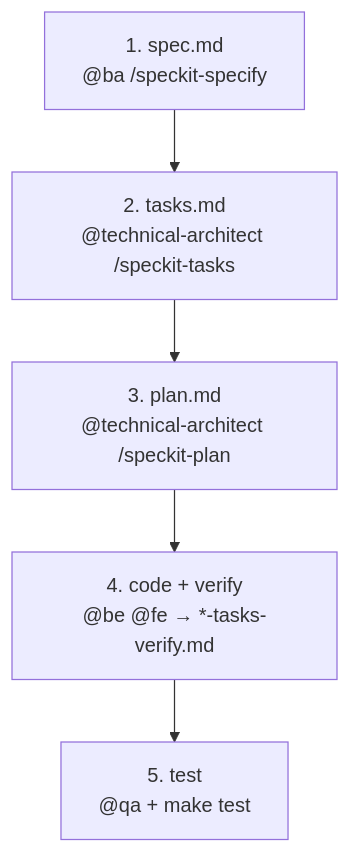
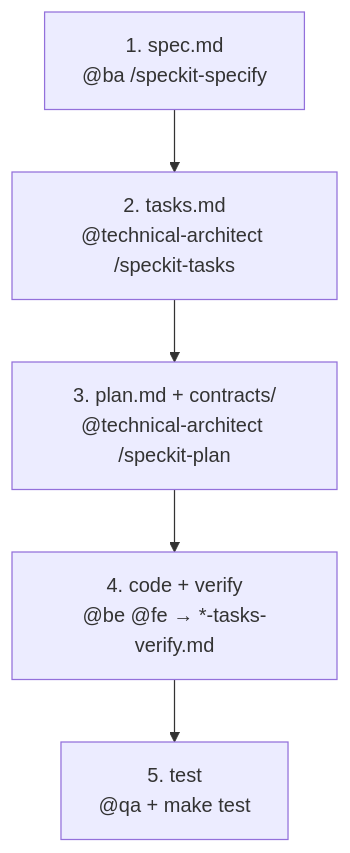
One commit to htnghia27022002/system changed the diagram in docs/workflow/overview.md. Above: the diagram before and after it, drawn with Mermaid. The commit also changed other lines of this file and 170 other files, not shown here.

````diff
--- a/docs/workflow/overview.md
+++ b/docs/workflow/overview.md
@@ -15,9 +15,9 @@
 ```mermaid
 flowchart TD
   S["1. spec.md<br/>@ba /speckit-specify"]
   T["2. tasks.md<br/>@technical-architect /speckit-tasks"]
-  P["3. plan.md<br/>@technical-architect /speckit-plan"]
+  P["3. plan.md + contracts/<br/>@technical-architect /speckit-plan"]
   I["4. code + verify<br/>@be @fe → *-tasks-verify.md"]
   Q["5. test<br/>@qa + make test"]
   S --> T --> P --> I --> Q
 ```
````
